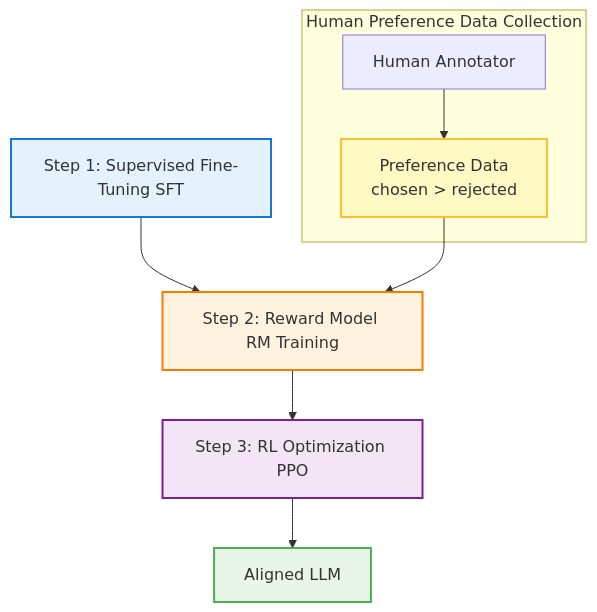
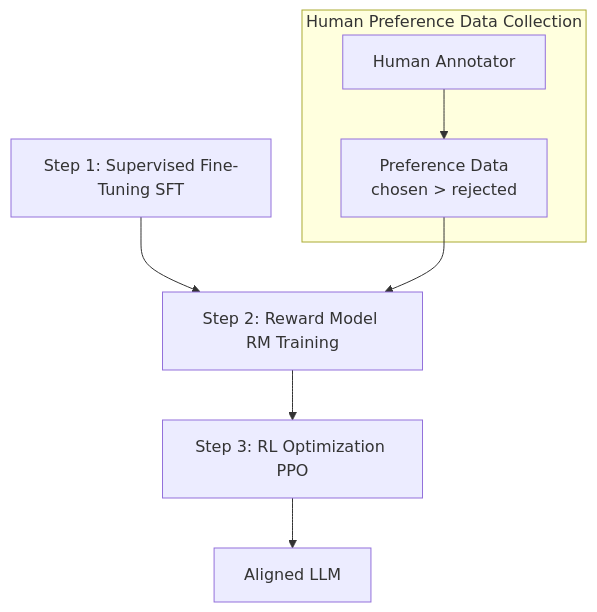
One commit to harimkang/ai-engineer-guide changed the diagram in docs/4-대규모-언어-모델-llm/4-3-파인튜닝-and-정렬/rlhf-and-dpo.md. Above: the diagram before and after it, drawn with Mermaid. The commit also changed 45 other files, not shown here.

````diff
--- a/docs/4-대규모-언어-모델-llm/4-3-파인튜닝-and-정렬/rlhf-and-dpo.md
+++ b/docs/4-대규모-언어-모델-llm/4-3-파인튜닝-and-정렬/rlhf-and-dpo.md
@@ -22,18 +22,12 @@
 ```mermaid
 graph TD
     A[Step 1: Supervised Fine-Tuning SFT] --> B[Step 2: Reward Model RM Training]
     B --> C[Step 3: RL Optimization PPO]
     C --> D[Aligned LLM]
 
     subgraph "Human Preference Data Collection"
         Human[Human Annotator] --> PrefData[Preference Data<br/>chosen > rejected]
     end
     
     PrefData --> B
-
-    style A fill:#e3f2fd,stroke:#1976d2,stroke-width:2px
-    style B fill:#fff3e0,stroke:#f57c00,stroke-width:2px
-    style C fill:#f3e5f5,stroke:#7b1fa2,stroke-width:2px
-    style D fill:#e8f5e8,stroke:#4caf50,stroke-width:2px
-    style PrefData fill:#fff9c4,stroke:#fbc02d,stroke-width:2px
 ```
````
